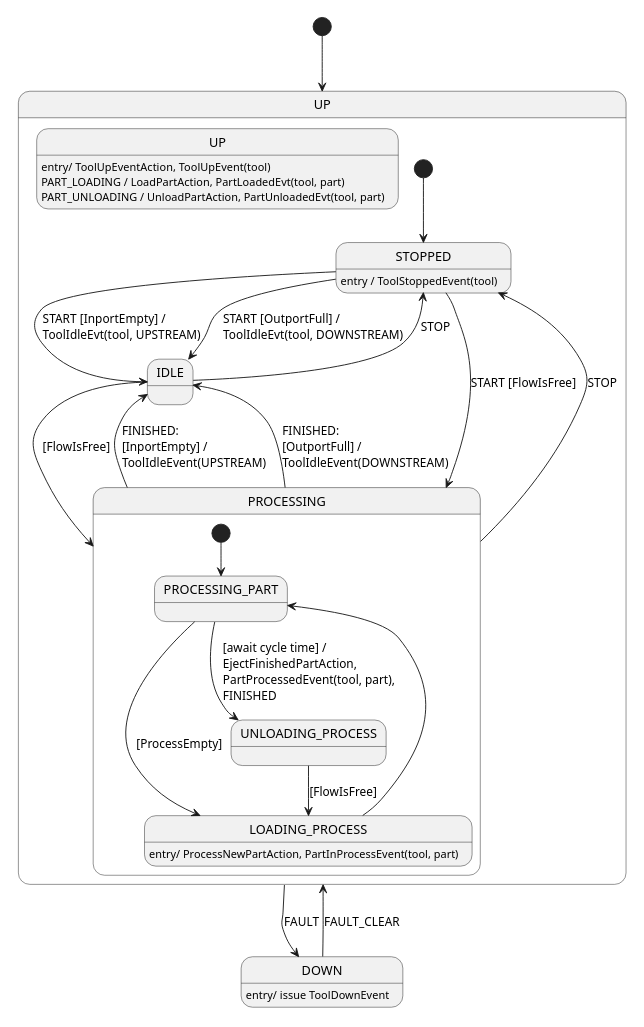
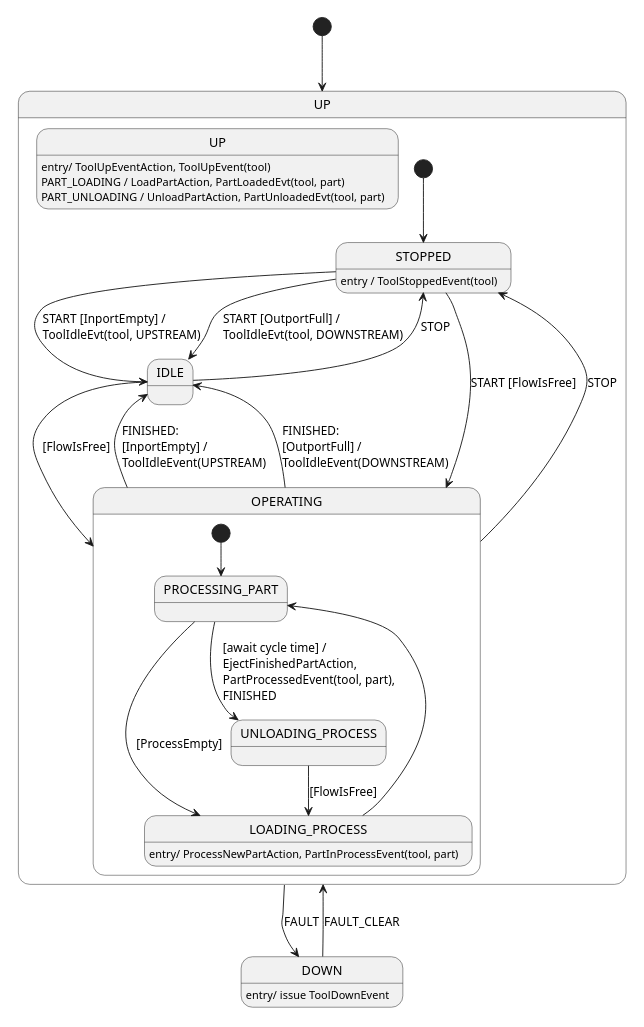
Before and after one commit to onouv/mes-tool-mock-srv: the diagram in doc/domain/tool-3.state.puml, drawn with PlantUML. The commit also changed 12 other files, not shown here.

```diff
--- a/doc/domain/tool-3.state.puml
+++ b/doc/domain/tool-3.state.puml
@@ -1,47 +1,47 @@
 @startuml
 'https://plantuml.com/state-diagram
 skinparam defaultTextAlignment left
 scale 350 width
 
 [*] --> UP
 state DOWN : entry/ issue ToolDownEvent
 
 state UP {
     state UP: entry/ ToolUpEventAction, ToolUpEvent(tool)
     state UP: PART_LOADING / LoadPartAction, PartLoadedEvt(tool, part)
     state UP: PART_UNLOADING / UnloadPartAction, PartUnloadedEvt(tool, part)
 
     state STOPPED
     STOPPED: entry / ToolStoppedEvent(tool)
     state IDLE
-    state PROCESSING {
+    state OPERATING {
         state PROCESSING_PART
         state LOADING_PROCESS
         state LOADING_PROCESS: entry/ ProcessNewPartAction, PartInProcessEvent(tool, part)
 
         state UNLOADING_PROCESS
 
         [*] --> PROCESSING_PART
         PROCESSING_PART --> LOADING_PROCESS: [ProcessEmpty]
         LOADING_PROCESS --> PROCESSING_PART
 
         PROCESSING_PART --> UNLOADING_PROCESS: [await cycle time] / \nEjectFinishedPartAction, \nPartProcessedEvent(tool, part), \nFINISHED
         UNLOADING_PROCESS --> LOADING_PROCESS: [FlowIsFree]
 
     }
 
     [*] --> STOPPED
-    STOPPED --> PROCESSING: START [FlowIsFree]
+    STOPPED --> OPERATING: START [FlowIsFree]
     STOPPED --> IDLE: START [InportEmpty] / \nToolIdleEvt(tool, UPSTREAM)
     STOPPED --> IDLE: START [OutportFull] / \nToolIdleEvt(tool, DOWNSTREAM)
-    PROCESSING --> STOPPED: STOP
-    PROCESSING --> IDLE: FINISHED: \n[InportEmpty] / \nToolIdleEvent(UPSTREAM)
-    PROCESSING --> IDLE: FINISHED: \n[OutportFull] / \nToolIdleEvent(DOWNSTREAM)
+    OPERATING --> STOPPED: STOP
+    OPERATING --> IDLE: FINISHED: \n[InportEmpty] / \nToolIdleEvent(UPSTREAM)
+    OPERATING --> IDLE: FINISHED: \n[OutportFull] / \nToolIdleEvent(DOWNSTREAM)
 
-    IDLE --> PROCESSING: [FlowIsFree]
+    IDLE --> OPERATING: [FlowIsFree]
     IDLE --> STOPPED: STOP
 }
 
 UP --> DOWN: FAULT
 DOWN --> UP: FAULT_CLEAR
 @enduml
```
